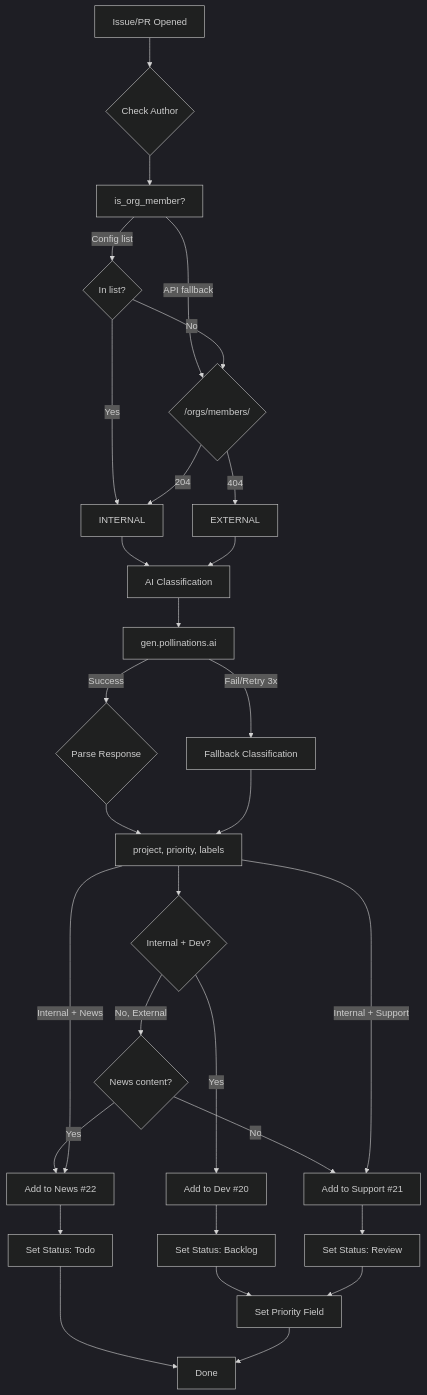
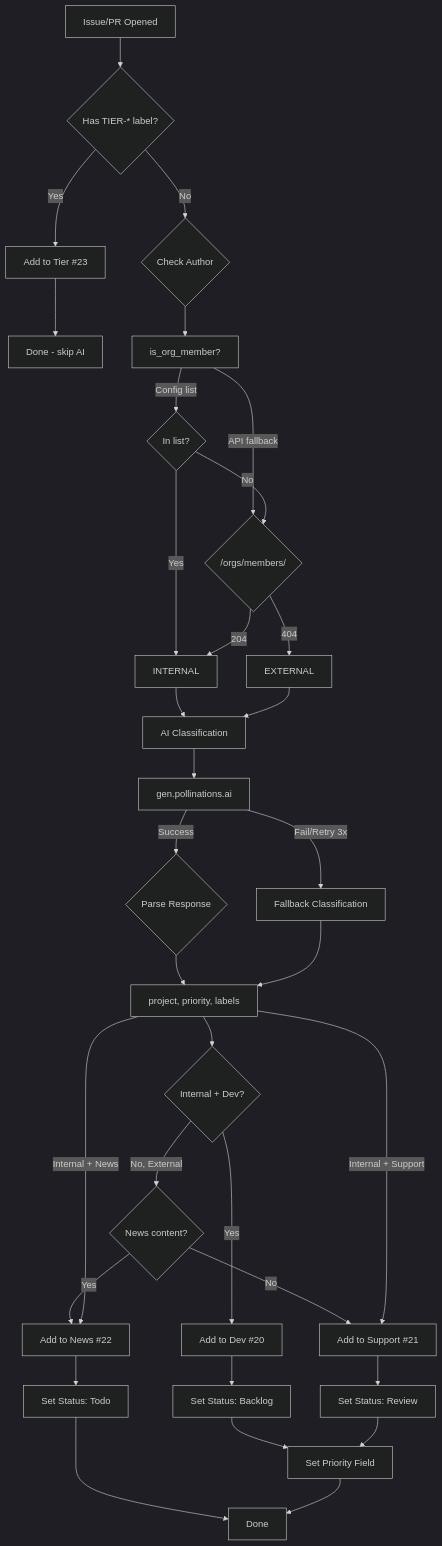
Before and after one commit to pollinations/pollinations: the first of 3 diagrams in .github/docs/TRIAGE.md, drawn with Mermaid. The commit also changed other lines of this file, not shown here.

Commit message:
docs: add Tier project to TRIAGE.md with bypass logic
- Add Tier project (#23) to project table
- Document TIER-* label bypass (skips AI classification)
- Update flow diagram to show TIER-* routing

````diff
--- a/.github/docs/TRIAGE.md
+++ b/.github/docs/TRIAGE.md
@@ -41,38 +43,41 @@
 ```mermaid
 %%{init: {'theme': 'dark'}}%%
 flowchart TD
-    A[Issue/PR Opened] --> B{Check Author}
+    A[Issue/PR Opened] --> AA{Has TIER-* label?}
+    AA -->|Yes| AB[Add to Tier #23]
+    AB --> AC[Done - skip AI]
+    AA -->|No| B{Check Author}
     B --> C[is_org_member?]
     C -->|Config list| D{In list?}
     C -->|API fallback| E{/orgs/members/}
     D -->|Yes| F[INTERNAL]
     D -->|No| E
     E -->|204| F
     E -->|404| G[EXTERNAL]
 
     F --> H[AI Classification]
     G --> H
 
     H --> I[gen.pollinations.ai]
     I -->|Success| J{Parse Response}
     I -->|Fail/Retry 3x| K[Fallback Classification]
     J --> L[project, priority, labels]
     K --> L
 
     L --> M{Internal + Dev?}
     M -->|Yes| N[Add to Dev #20]
     M -->|No, External| O{News content?}
     O -->|Yes| P[Add to News #22]
     O -->|No| Q[Add to Support #21]
     L -->|Internal + Support| Q
     L -->|Internal + News| P
 
     N --> R[Set Status: Backlog]
     Q --> S[Set Status: Review]
     P --> T[Set Status: Todo]
 
     R --> U[Set Priority Field]
     S --> U
     T --> V[Done]
     U --> V
 ```
````
